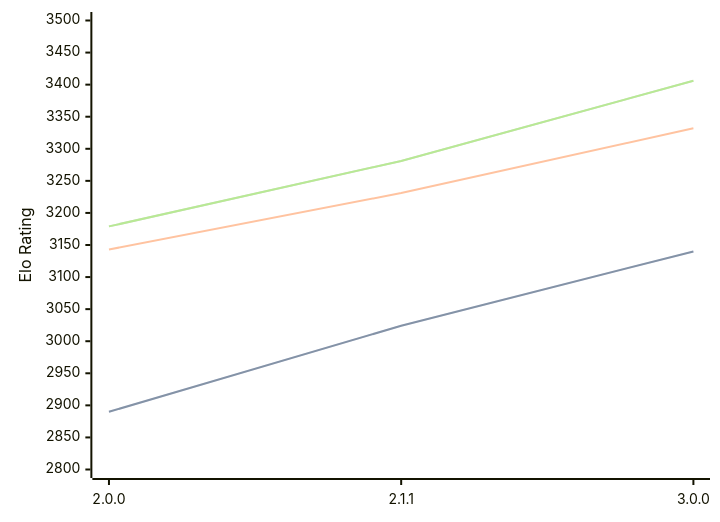
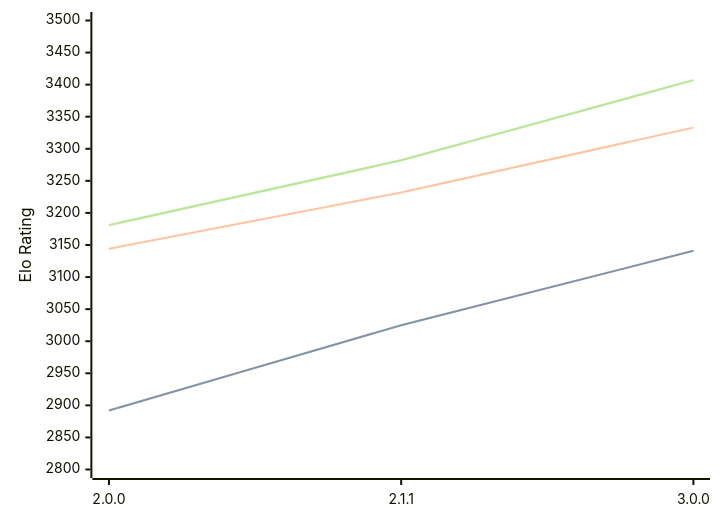
Before and after one commit to computer-chess-index/cci: the diagram in engines/Bread.md, drawn with Mermaid. The commit also changed other lines of this file, not shown here.

Commit message:
Update CCI Ratings (ELO VLTC) - 2026-03-29

````diff
--- a/engines/Bread.md
+++ b/engines/Bread.md
@@ -51,11 +51,11 @@
 ```mermaid
 %%{init: {"theme":"base","themeVariables":{"seriesColors:['#a3a3a3','#222221','#faa371']}}}%%
 xychart-beta
   x-axis ["2.0.0", "2.1.1", "3.0.0"]
   y-axis "Elo Rating" 2800 --> 3500
-  line "STC (8.0+0.08s)" [2890, 3024, 3140]
-  line "STC (8.0+0.08s)" [2890, 3024, 3140]
-  line "LTC (60.0+0.60s)" [3143, 3231, 3332]
-  line "VLTC (2m24s+1.12s)" [3179, 3281, 3406]
-  line "VLTC (2m24s+1.12s)" [3179, 3281, 3406]
+  line "STC (8.0+0.08s)" [2892, 3025, 3141]
+  line "STC (8.0+0.08s)" [2892, 3025, 3141]
+  line "LTC (60.0+0.60s)" [3144, 3232, 3333]
+  line "VLTC (2m24s+1.12s)" [3181, 3282, 3407]
+  line "VLTC (2m24s+1.12s)" [3181, 3282, 3407]
 ```
````
